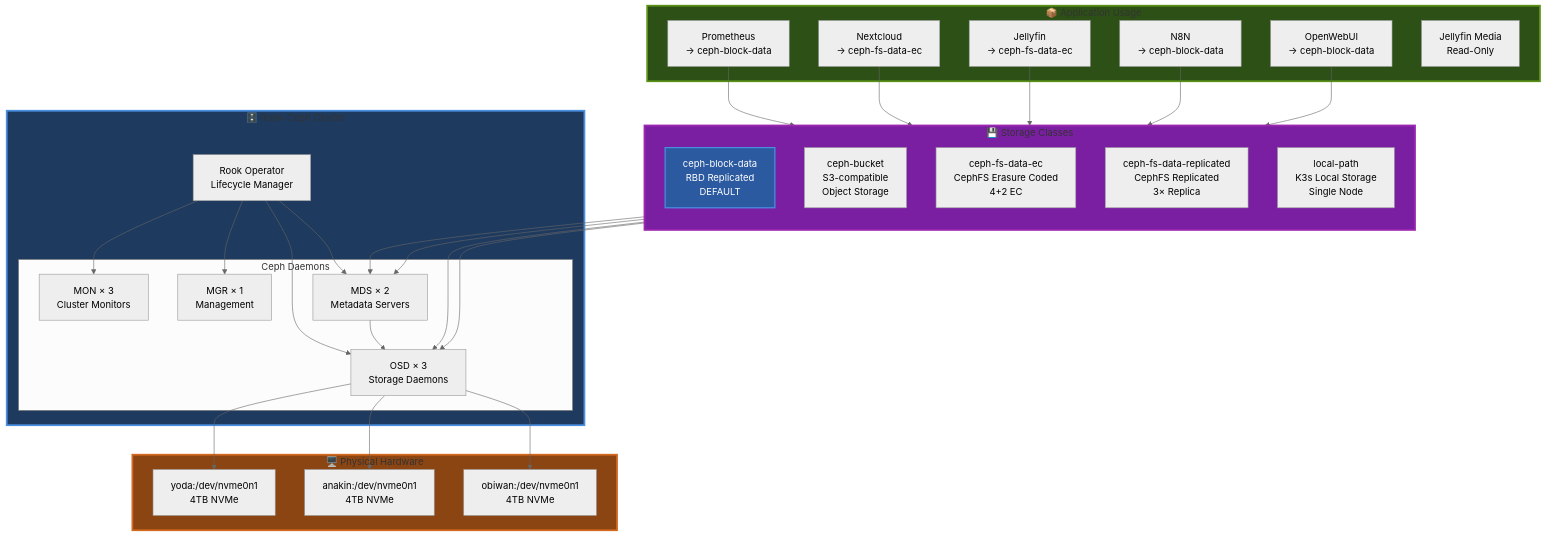
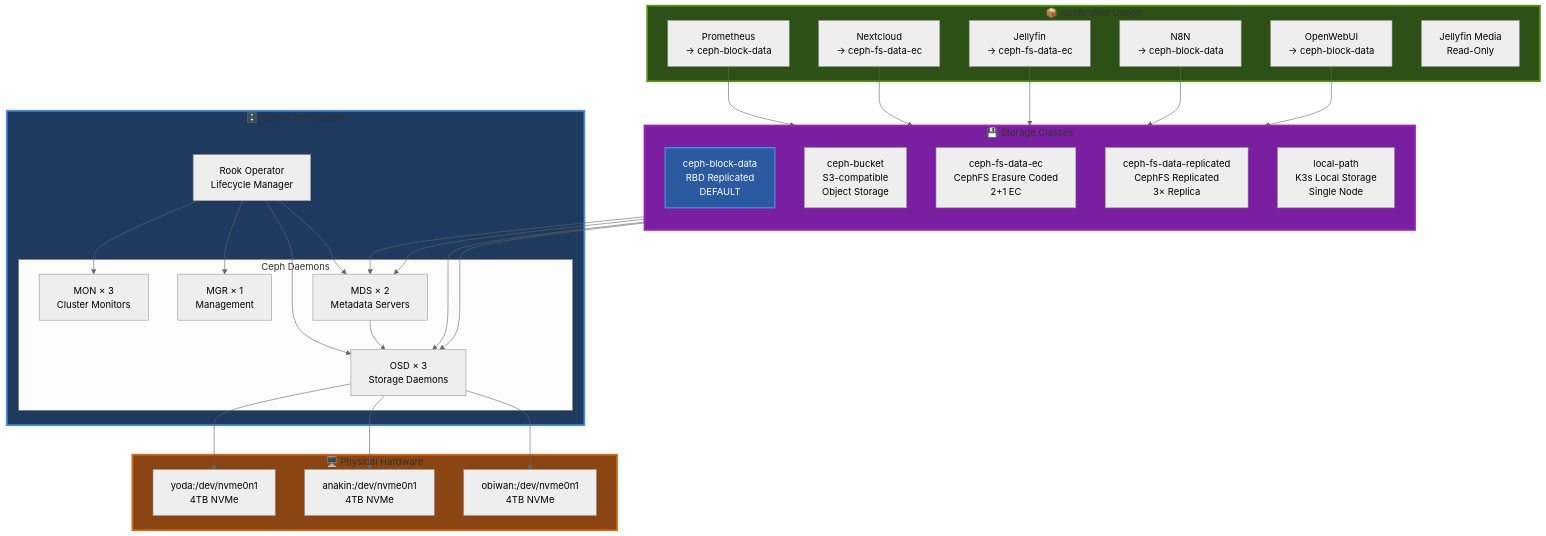
The diagram in docs/wiki/06-Storage-Rook-Ceph.md (seadogger-tech/seadogger-homelab), drawn with Mermaid (neutral theme) before and after one commit. The commit also changed other lines of this file, not shown here.

Commit message:
Fix erasure coding profile in storage diagram (2+1, not 4+2)
Corrected the ceph-fs-data-ec storage class diagram and description
to show the actual erasure coding configuration: 2 data chunks + 1
coding chunk (2+1 EC profile), not 4+2 as previously shown.

🤖 Generated with [Claude Code](https://claude.com/claude-code)

````diff
--- a/docs/wiki/06-Storage-Rook-Ceph.md
+++ b/docs/wiki/06-Storage-Rook-Ceph.md
@@ -98,64 +98,64 @@
 ```mermaid
 graph TB
     subgraph RookCeph["🗄️ Rook-Ceph Cluster"]
         Operator[Rook Operator<br/>Lifecycle Manager]
 
         subgraph Daemons["Ceph Daemons"]
             MON[MON × 3<br/>Cluster Monitors]
             MGR[MGR × 1<br/>Management]
             OSD[OSD × 3<br/>Storage Daemons]
             MDS[MDS × 2<br/>Metadata Servers]
         end
     end
 
     subgraph Storage["💾 Storage Classes"]
         direction TB
         Default[ceph-block-data<br/>RBD Replicated<br/>DEFAULT]
         Bucket[ceph-bucket<br/>S3-compatible<br/>Object Storage]
-        FSEC[ceph-fs-data-ec<br/>CephFS Erasure Coded<br/>4+2 EC]
+        FSEC[ceph-fs-data-ec<br/>CephFS Erasure Coded<br/>2+1 EC]
         FSRep[ceph-fs-data-replicated<br/>CephFS Replicated<br/>3× Replica]
         LocalPath[local-path<br/>K3s Local Storage<br/>Single Node]
     end
 
     subgraph Hardware["🖥️ Physical Hardware"]
         NVMe1[yoda:/dev/nvme0n1<br/>4TB NVMe]
         NVMe2[anakin:/dev/nvme0n1<br/>4TB NVMe]
         NVMe3[obiwan:/dev/nvme0n1<br/>4TB NVMe]
     end
 
     subgraph AppsLayer["📦 Application Usage"]
         PrometheusApp[Prometheus<br/>→ ceph-block-data]
         NextcloudApp[Nextcloud<br/>→ ceph-fs-data-ec]
         JellyfinApp[Jellyfin<br/>→ ceph-fs-data-ec]
         N8NApp[N8N<br/>→ ceph-block-data]
         OpenWebUIApp[OpenWebUI<br/>→ ceph-block-data]
         JellyfinMedia[Jellyfin Media<br/>Read-Only]
     end
 
     Operator --> MON
     Operator --> MGR
     Operator --> OSD
     Operator --> MDS
 
     OSD --> NVMe1
     OSD --> NVMe2
     OSD --> NVMe3
 
     Default --> OSD
     Bucket --> OSD
     FSEC --> MDS
     FSRep --> MDS
     MDS --> OSD
 
     PrometheusApp --> Default
     NextcloudApp --> FSEC
     JellyfinApp --> FSEC
     N8NApp --> Default
     OpenWebUIApp --> Default
 
     style RookCeph fill:#1e3a5f,stroke:#4a90e2,stroke-width:3px
     style Storage fill:#7b1fa2,stroke:#9c27b0,stroke-width:3px
     style Hardware fill:#8b4513,stroke:#d2691e,stroke-width:3px
     style AppsLayer fill:#2d5016,stroke:#5a9216,stroke-width:3px
     style Default fill:#2c5aa0,stroke:#4a90e2,stroke-width:2px,color:#fff
 ```
````
